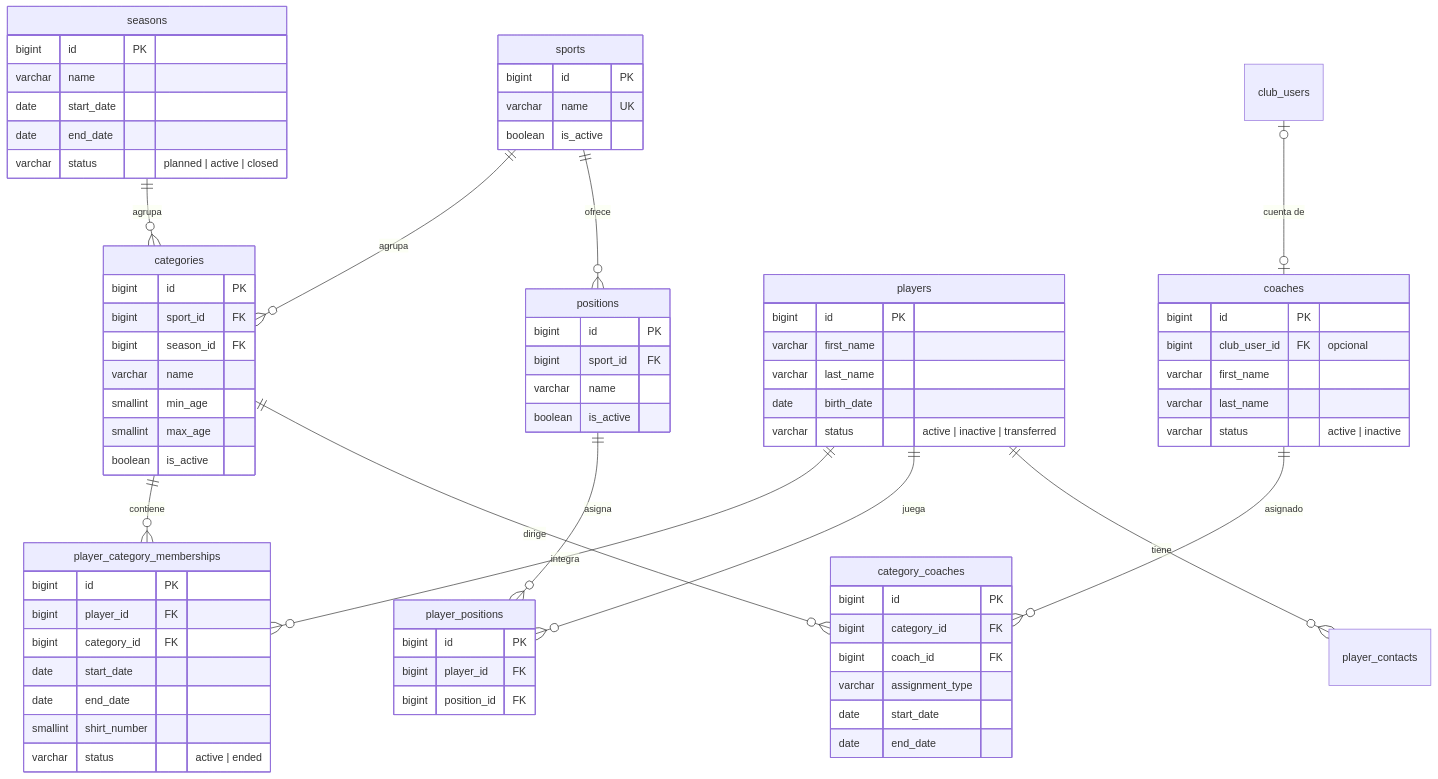
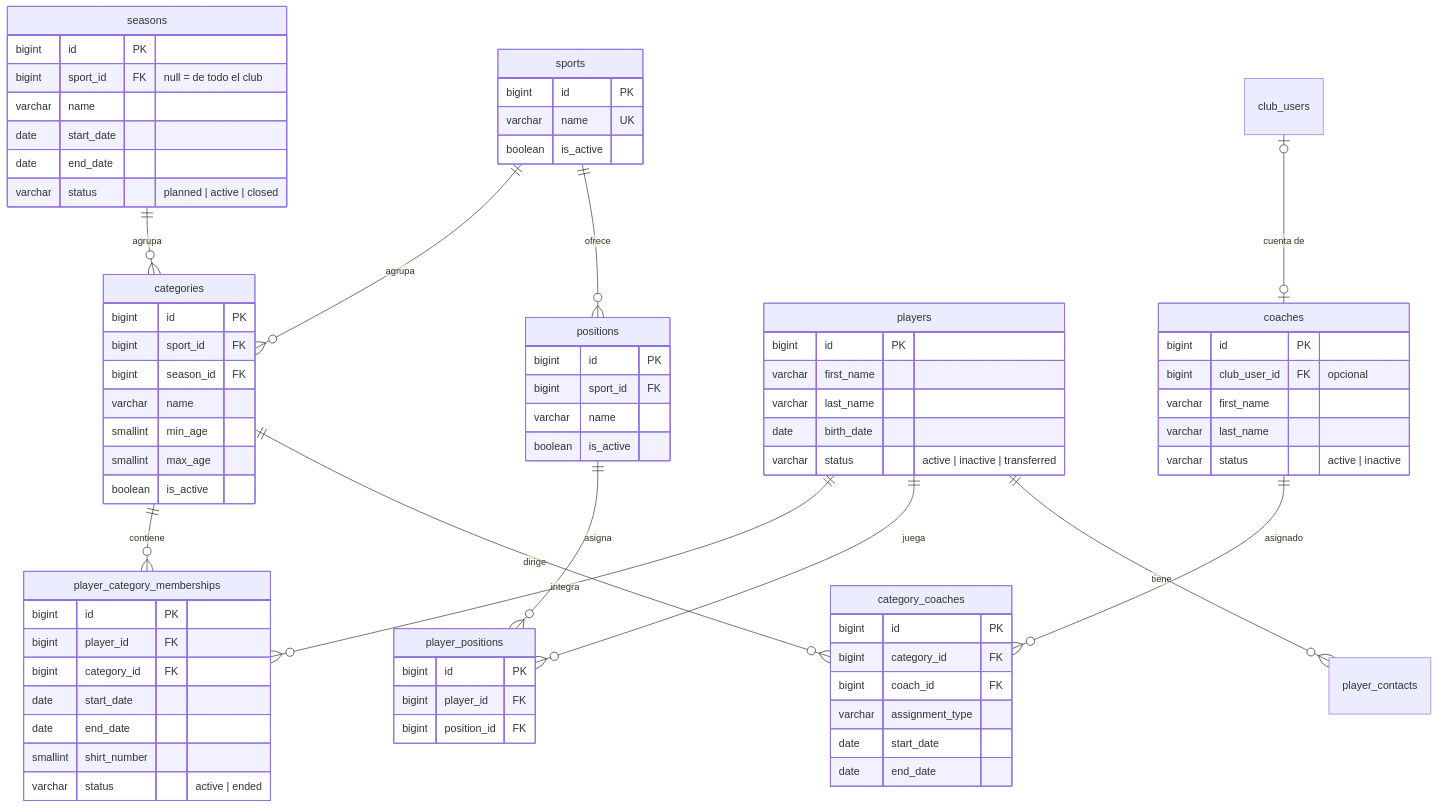
The diagram in docs/modelo-datos-club/02-deportes-y-planteles.md (finalproyectogrupo8-max/API_Sportiva), drawn with Mermaid before and after one commit. The commit also changed other lines of this file and 20 other files, not shown here.

````diff
--- a/docs/modelo-datos-club/02-deportes-y-planteles.md
+++ b/docs/modelo-datos-club/02-deportes-y-planteles.md
@@ -7,78 +7,79 @@
 ```mermaid
 erDiagram
     sports ||--o{ categories : agrupa
     sports ||--o{ positions : ofrece
     seasons ||--o{ categories : agrupa
     players ||--o{ player_category_memberships : integra
     players ||--o{ player_positions : juega
     positions ||--o{ player_positions : asigna
     players ||--o{ player_contacts : tiene
     categories ||--o{ player_category_memberships : contiene
     club_users |o--o| coaches : "cuenta de"
     categories ||--o{ category_coaches : dirige
     coaches ||--o{ category_coaches : asignado
 
     sports {
         bigint id PK
         varchar name UK
         boolean is_active
     }
     positions {
         bigint id PK
         bigint sport_id FK
         varchar name
         boolean is_active
     }
     seasons {
         bigint id PK
+        bigint sport_id FK "null = de todo el club"
         varchar name
         date start_date
         date end_date
         varchar status "planned | active | closed"
     }
     categories {
         bigint id PK
         bigint sport_id FK
         bigint season_id FK
         varchar name
         smallint min_age
         smallint max_age
         boolean is_active
     }
     players {
         bigint id PK
         varchar first_name
         varchar last_name
         date birth_date
         varchar status "active | inactive | transferred"
     }
     player_category_memberships {
         bigint id PK
         bigint player_id FK
         bigint category_id FK
         date start_date
         date end_date
         smallint shirt_number
         varchar status "active | ended"
     }
     player_positions {
         bigint id PK
         bigint player_id FK
         bigint position_id FK
     }
     coaches {
         bigint id PK
         bigint club_user_id FK "opcional"
         varchar first_name
         varchar last_name
         varchar status "active | inactive"
     }
     category_coaches {
         bigint id PK
         bigint category_id FK
         bigint coach_id FK
         varchar assignment_type
         date start_date
         date end_date
     }
 ```
````
